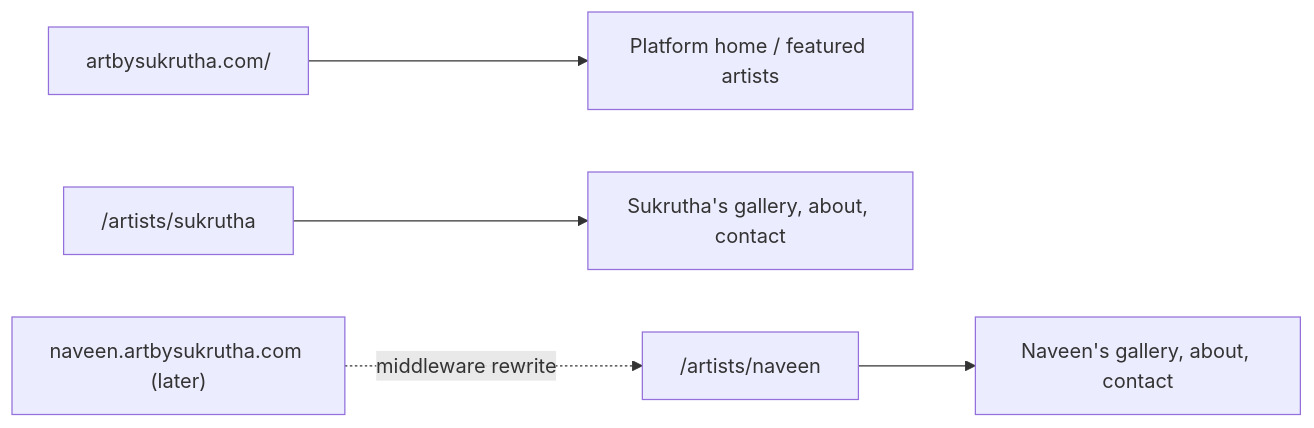
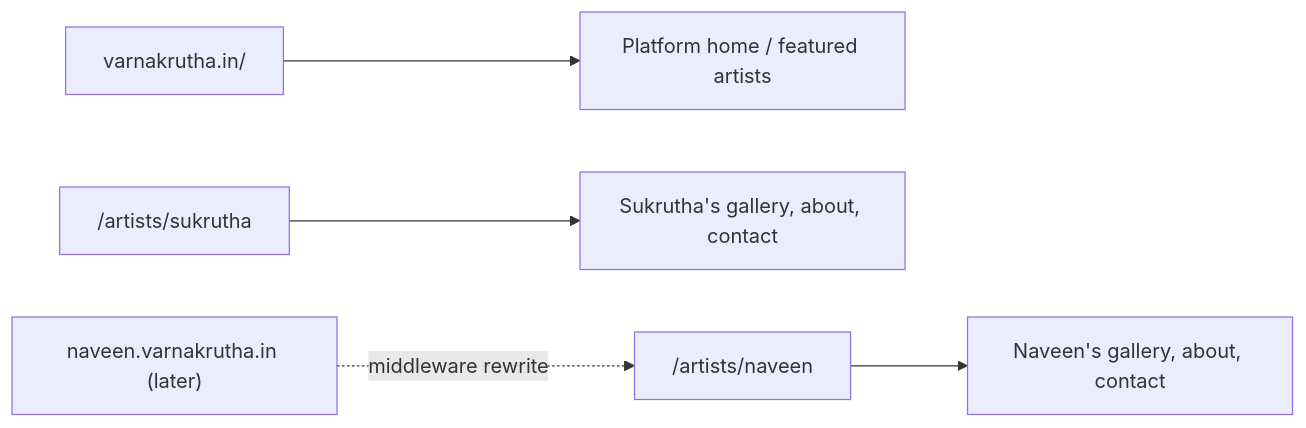
Before and after one commit to sukruthakarthik/varnakrutha: the first of 2 diagrams in docs/ROADMAP.md, drawn with Mermaid. The commit also changed other lines of this file and 12 other files, not shown here.

````diff
--- a/docs/ROADMAP.md
+++ b/docs/ROADMAP.md
@@ -35,7 +35,7 @@
 ```mermaid
 flowchart LR
-  A["artbysukrutha.com/"] --> P["Platform home / featured artists"]
+  A["varnakrutha.in/"] --> P["Platform home / featured artists"]
   B["/artists/sukrutha"] --> S["Sukrutha's gallery, about, contact"]
   C["/artists/naveen"] --> N["Naveen's gallery, about, contact"]
-  D["naveen.artbysukrutha.com (later)"] -. "middleware rewrite" .-> C
+  D["naveen.varnakrutha.in (later)"] -. "middleware rewrite" .-> C
 ```
````
